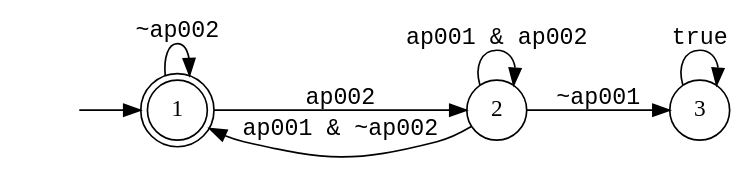
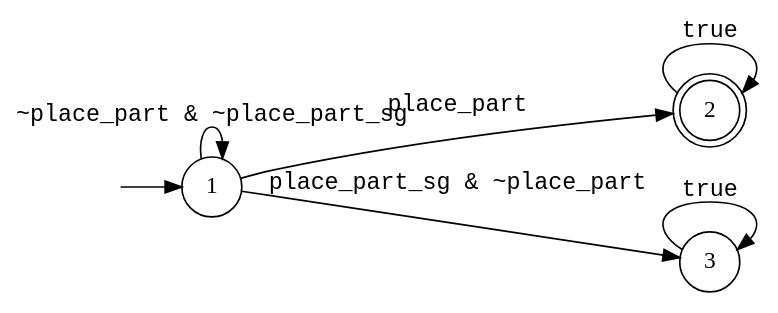
The diagram in cais_spade_llm/safety/SAFE_2_dfa.dot (cais-psu/cais-spade-llm), drawn with Graphviz before and after one commit. The commit also changed 32 other files, not shown here.

```diff
--- a/cais_spade_llm/safety/SAFE_2_dfa.dot
+++ b/cais_spade_llm/safety/SAFE_2_dfa.dot
@@ -1,17 +1,16 @@
 digraph MONA_DFA {
  rankdir = LR;
  center = true;
  size = "7.5,10.5";
  edge [fontname = Courier];
  node [height = .5, width = .5];
- node [shape = doublecircle]; 1;
+ node [shape = doublecircle]; 2;
  node [shape = circle]; 1;
  init [shape = plaintext, label = ""];
  init -> 1;
- 1 -> 1 [label="~ap002"];
- 1 -> 2 [label="ap002"];
- 2 -> 3 [label="~ap001"];
- 2 -> 1 [label="ap001 & ~ap002"];
- 2 -> 2 [label="ap001 & ap002"];
+ 1 -> 1 [label="~place_part & ~place_part_sg"];
+ 1 -> 2 [label="place_part"];
+ 1 -> 3 [label="place_part_sg & ~place_part"];
+ 2 -> 2 [label="true"];
  3 -> 3 [label="true"];
 }
```
